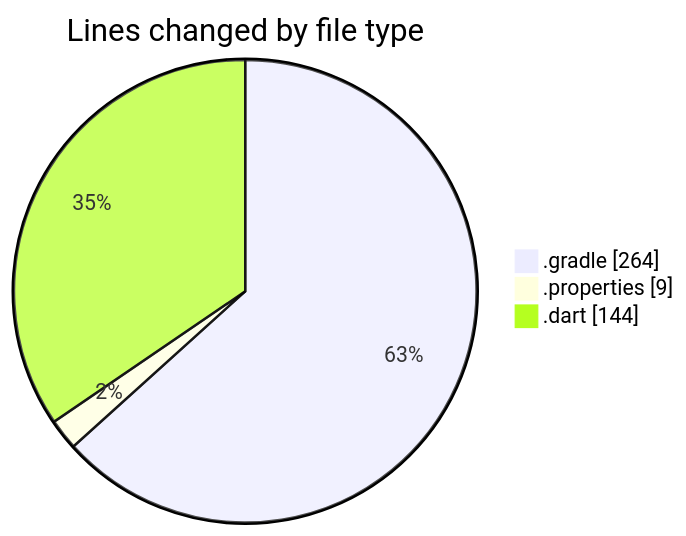
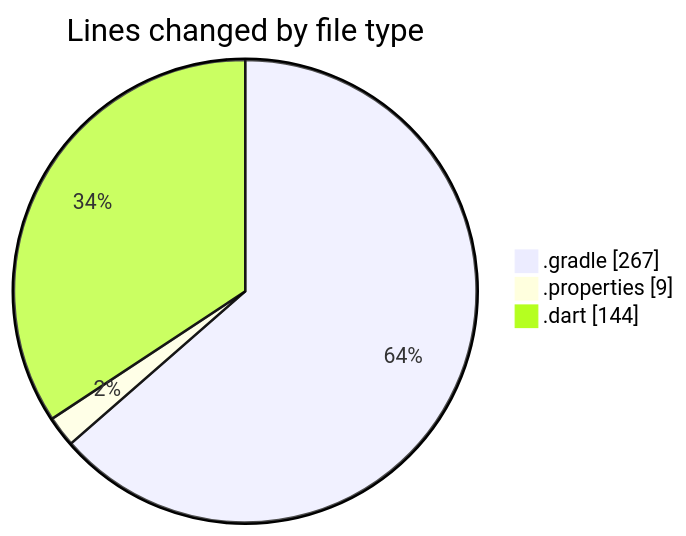
The first of 2 diagrams in 2025-02-16/trackers_app/README.md (donsfak/code-tracking), drawn with Mermaid before and after one commit. The commit also changed other lines of this file and 1 other file, not shown here.

````diff
--- a/2025-02-16/trackers_app/README.md
+++ b/2025-02-16/trackers_app/README.md
@@ -23,7 +23,7 @@
 ```mermaid
 pie showData
 title Lines changed by file type
-".gradle" : 264
+".gradle" : 267
 ".properties" : 9
 ".dart" : 144
 ```
````
